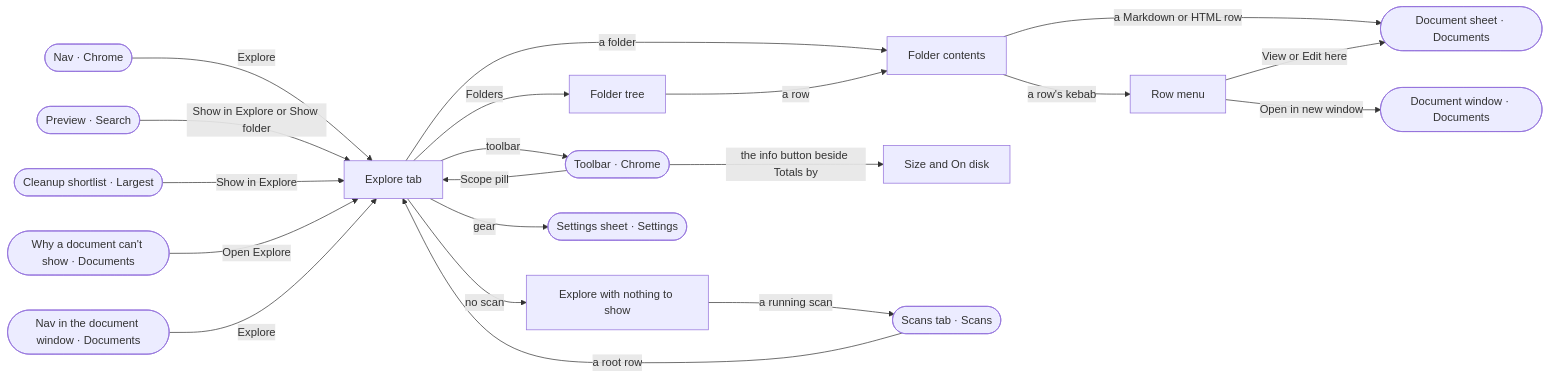
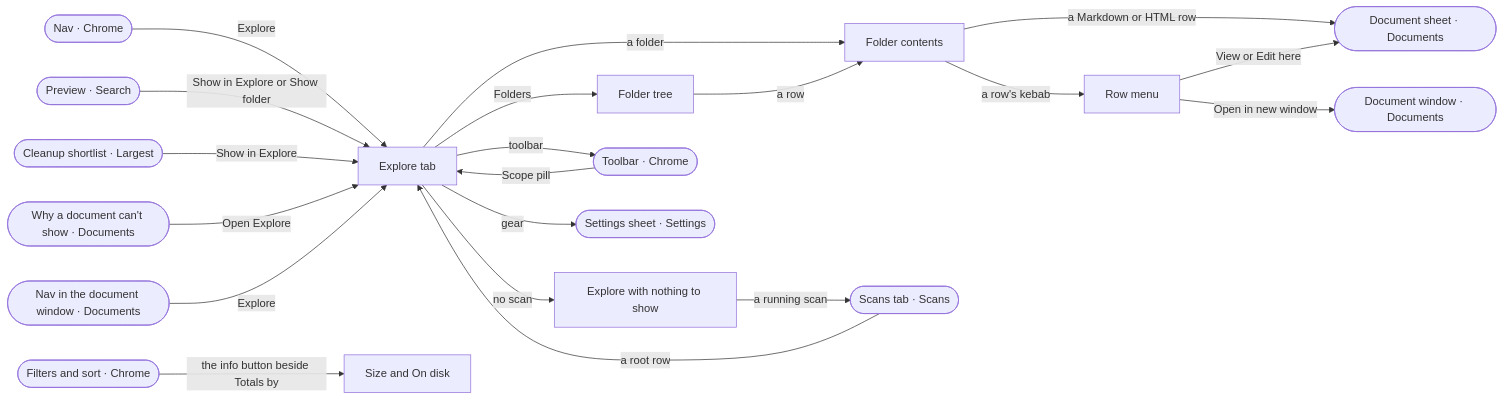
One commit to ferraroroberto/folder-explorer changed the third of 10 diagrams in docs/ux-surface-map.md. Above: the diagram before and after it, drawn with Mermaid. The commit also changed other lines of this file and 18 other files, not shown here.

First line of the commit message:
feat: one Filters & sort sheet on Explore, Largest, Types and Search (#267)

````diff
--- a/docs/ux-surface-map.md
+++ b/docs/ux-surface-map.md
@@ -361,38 +367,39 @@
 ```mermaid
 flowchart LR
   s15["Explore tab"]
   s16["Explore with nothing to show"]
   s17["Folder tree"]
   s18["Folder contents"]
   s19["Row menu"]
   s20["Size and On disk"]
   s0(["Nav · Chrome"])
   s1(["Toolbar · Chrome"])
+  s2(["Filters and sort · Chrome"])
   s13(["Preview · Search"])
   s43(["Settings sheet · Settings"])
   s26(["Scans tab · Scans"])
   s31(["Document sheet · Documents"])
   s37(["Document window · Documents"])
   s23(["Cleanup shortlist · Largest"])
   s33(["Why a document can't show · Documents"])
   s38(["Nav in the document window · Documents"])
   s0 -->|"Explore"| s15
-  s1 -->|"the info button beside Totals by"| s20
   s1 -->|"Scope pill"| s15
+  s2 -->|"the info button beside Totals by"| s20
   s13 -->|"Show in Explore or Show folder"| s15
   s15 -->|"toolbar"| s1
   s15 -->|"Folders"| s17
   s15 -->|"a folder"| s18
   s15 -->|"no scan"| s16
   s15 -->|"gear"| s43
   s16 -->|"a running scan"| s26
   s17 -->|"a row"| s18
   s18 -->|"a row's kebab"| s19
   s18 -->|"a Markdown or HTML row"| s31
   s19 -->|"View or Edit here"| s31
   s19 -->|"Open in new window"| s37
   s23 -->|"Show in Explore"| s15
   s26 -->|"a root row"| s15
   s33 -->|"Open Explore"| s15
   s38 -->|"Explore"| s15
 ```
````
